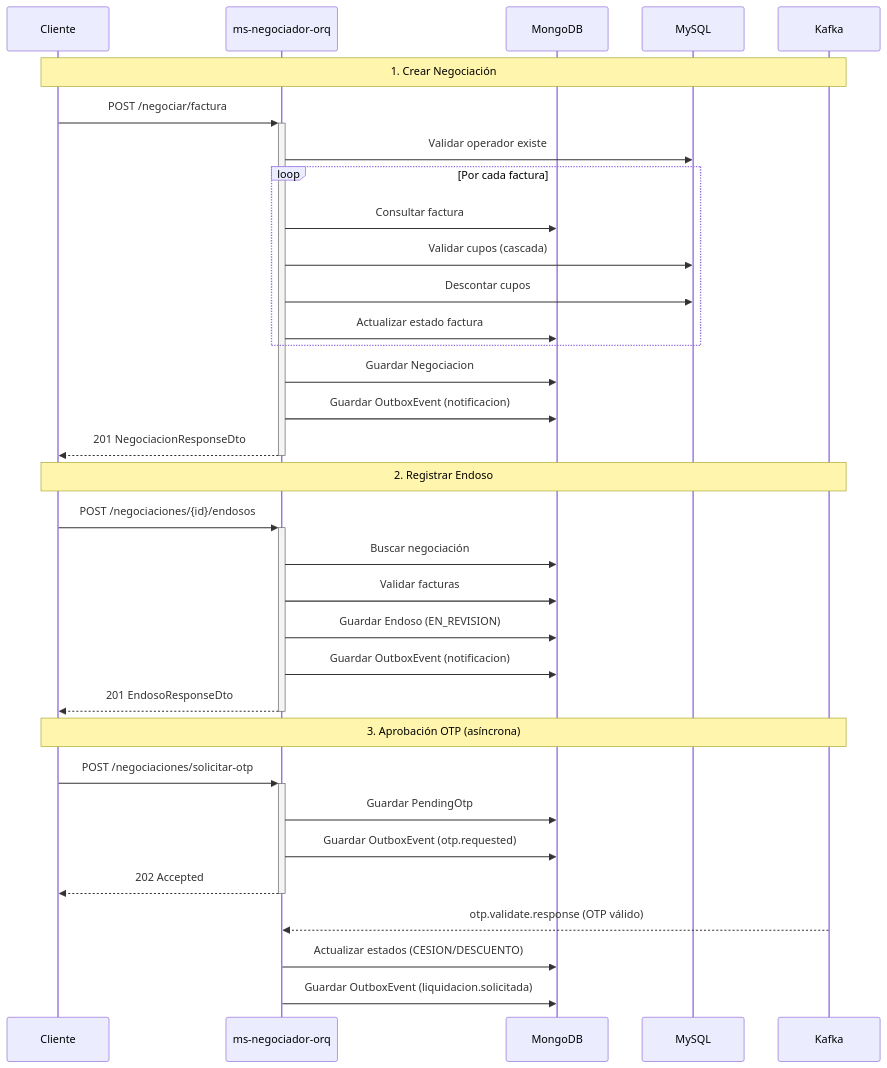
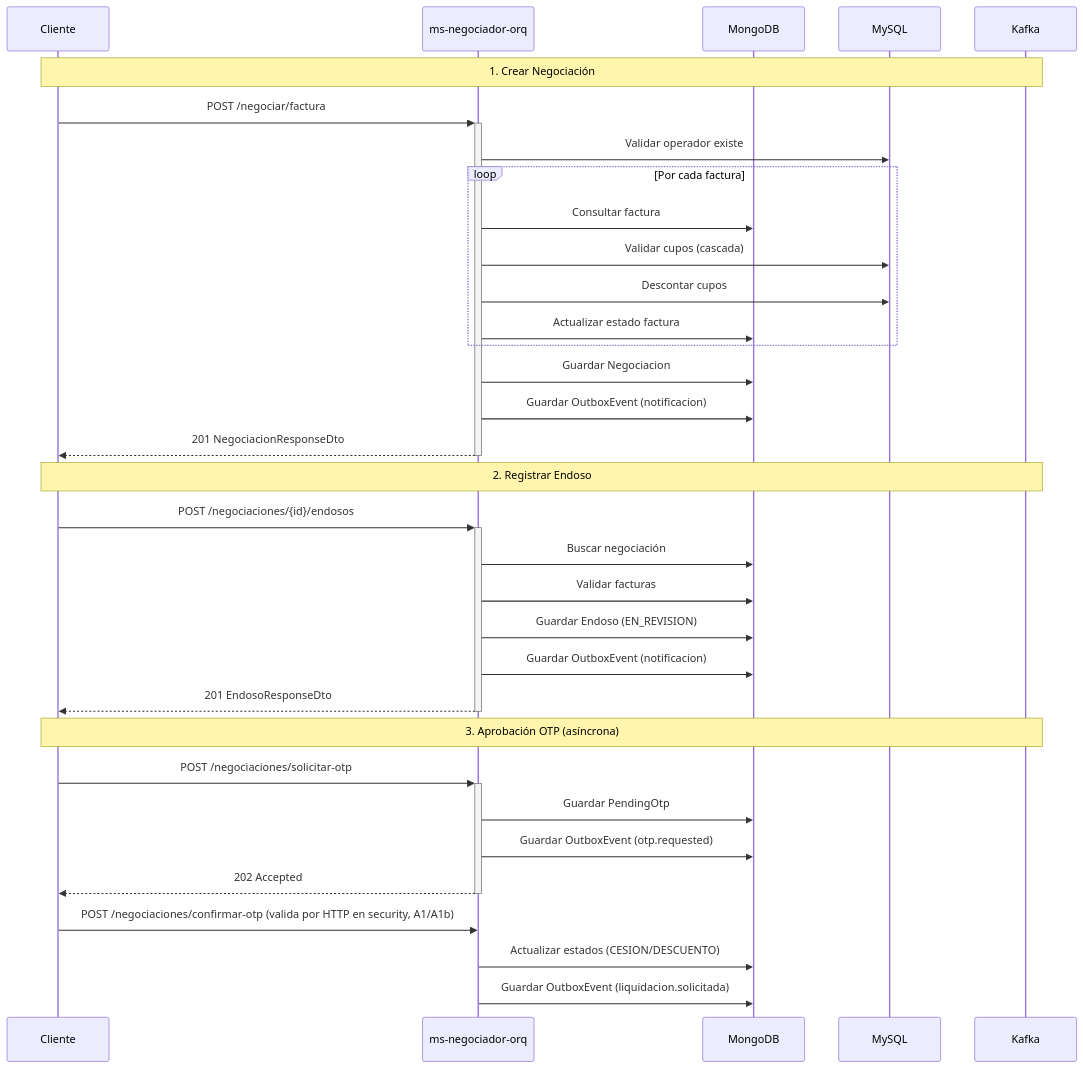
Before and after one commit to relativismofisico/ms-negociador-orq: the second of 4 diagrams in README.md, drawn with Mermaid. The commit also changed other lines of this file and 22 other files, not shown here.

First line of the commit message:
refactor(otp): un solo camino de validación OTP; fuera otp.validate y su limpieza (Fase 28d, A1b)

````diff
--- a/README.md
+++ b/README.md
@@ -1265,38 +1261,38 @@
 ```mermaid
 sequenceDiagram
     participant C as Cliente
     participant API as ms-negociador-orq
     participant DB_M as MongoDB
     participant DB_S as MySQL
     participant K as Kafka
 
     Note over C,K: 1. Crear Negociación
     C->>+API: POST /negociar/factura
     API->>DB_S: Validar operador existe
     loop Por cada factura
         API->>DB_M: Consultar factura
         API->>DB_S: Validar cupos (cascada)
         API->>DB_S: Descontar cupos
         API->>DB_M: Actualizar estado factura
     end
     API->>DB_M: Guardar Negociacion
     API->>DB_M: Guardar OutboxEvent (notificacion)
     API-->>-C: 201 NegociacionResponseDto
 
     Note over C,K: 2. Registrar Endoso
     C->>+API: POST /negociaciones/{id}/endosos
     API->>DB_M: Buscar negociación
     API->>DB_M: Validar facturas
     API->>DB_M: Guardar Endoso (EN_REVISION)
     API->>DB_M: Guardar OutboxEvent (notificacion)
     API-->>-C: 201 EndosoResponseDto
 
     Note over C,K: 3. Aprobación OTP (asíncrona)
     C->>+API: POST /negociaciones/solicitar-otp
     API->>DB_M: Guardar PendingOtp
     API->>DB_M: Guardar OutboxEvent (otp.requested)
     API-->>-C: 202 Accepted
-    K-->>API: otp.validate.response (OTP válido)
+    C->>API: POST /negociaciones/confirmar-otp (valida por HTTP en security, A1/A1b)
     API->>DB_M: Actualizar estados (CESION/DESCUENTO)
     API->>DB_M: Guardar OutboxEvent (liquidacion.solicitada)
 ```
````
